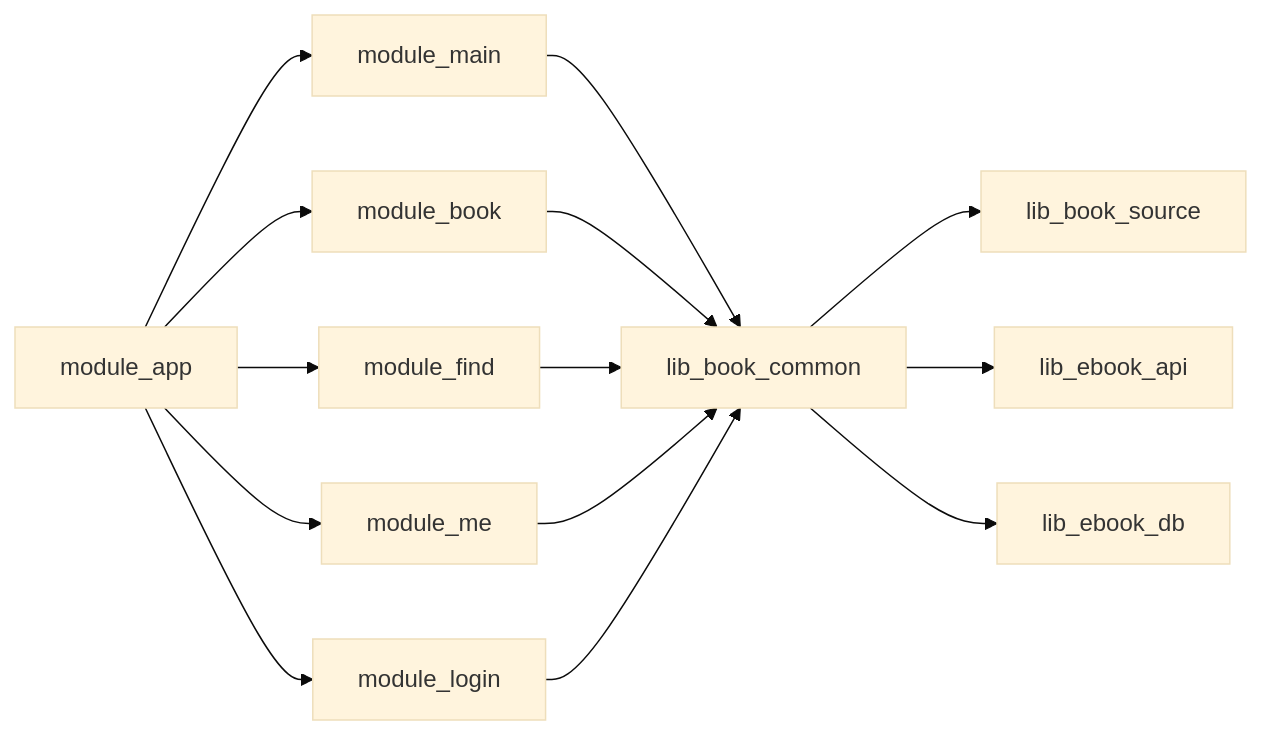
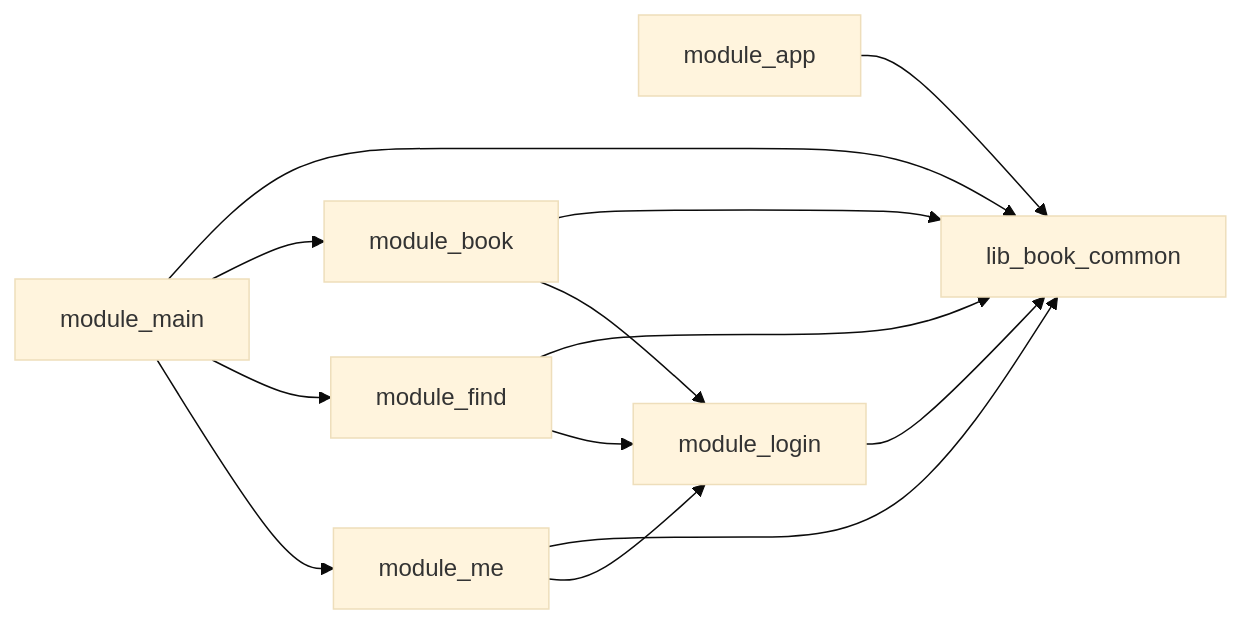
One commit to xrn1997/android-ebook changed diagram 12 of 12 in .qoder/repowiki/zh/content/核心模块/核心模块.md. Above: the diagram before and after it, drawn with Mermaid (base theme). The commit also changed other lines of this file and 456 other files, not shown here.

````diff
--- a/.qoder/repowiki/zh/content/核心模块/核心模块.md
+++ b/.qoder/repowiki/zh/content/核心模块/核心模块.md
@@ -303,16 +404,15 @@
 ```mermaid
 graph LR
-    MApp["module_app"] --> MMain["module_main"]
-    MApp --> MBook["module_book"]
-    MApp --> MFind["module_find"]
-    MApp --> MMe["module_me"]
-    MApp --> MLogin["module_login"]
-    MMain --> LibCommon["lib_book_common"]
-    MBook --> LibCommon
-    MFind --> LibCommon
-    MMe --> LibCommon
-    MLogin --> LibCommon
-    LibCommon --> LibSource["lib_book_source"]
-    LibCommon --> LibApi["lib_ebook_api"]
-    LibCommon --> LibDb["lib_ebook_db"]
+    ModuleApp["module_app"] --> LibCommon["lib_book_common"]
+    ModuleMain["module_main"] --> LibCommon
+    ModuleBook["module_book"] --> LibCommon
+    ModuleFind["module_find"] --> LibCommon
+    ModuleMe["module_me"] --> LibCommon
+    ModuleLogin["module_login"] --> LibCommon
+    ModuleMain --> ModuleBook
+    ModuleMain --> ModuleFind
+    ModuleMain --> ModuleMe
+    ModuleBook --> ModuleLogin
+    ModuleFind --> ModuleLogin
+    ModuleMe --> ModuleLogin
 ```
````
